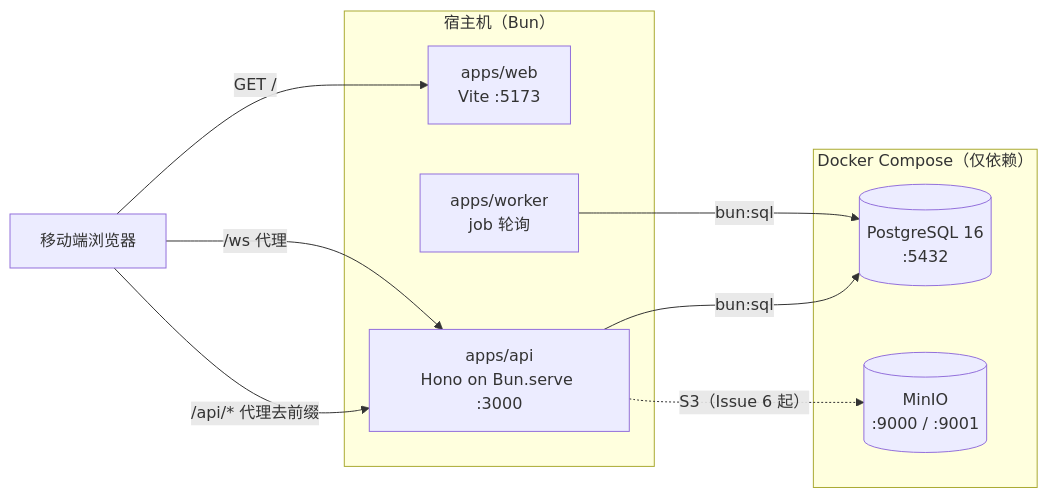
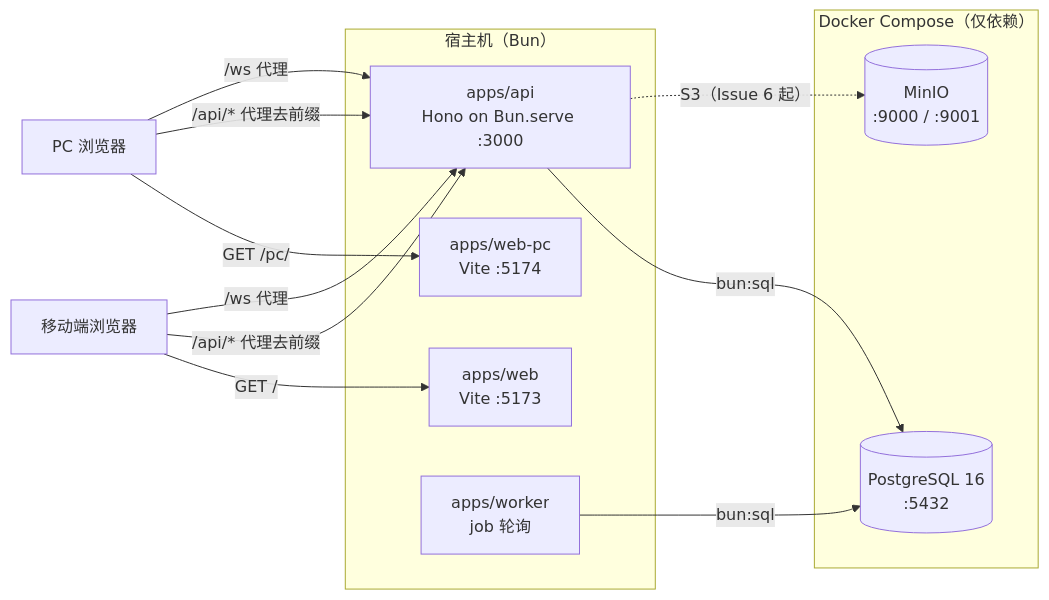
Before and after one commit to zzstar101/FISH: the first of 4 diagrams in docs/architecture.md, drawn with Mermaid. The commit also changed other lines of this file and 50 other files, not shown here.

Commit message:
feat(web-pc): 入库 PC 浏览器 Web 骨架 (#238)

````diff
--- a/docs/architecture.md
+++ b/docs/architecture.md
@@ -64,20 +65,24 @@
 ```mermaid
 graph LR
   subgraph Host["宿主机（Bun）"]
     WEB["apps/web<br/>Vite :5173"]
+    WEB_PC["apps/web-pc<br/>Vite :5174"]
     API["apps/api<br/>Hono on Bun.serve :3000"]
     WORKER["apps/worker<br/>job 轮询"]
   end
 
   subgraph Docker["Docker Compose（仅依赖）"]
     PG[("PostgreSQL 16<br/>:5432")]
     MINIO[("MinIO<br/>:9000 / :9001")]
   end
 
   BROWSER["移动端浏览器"] -->|"GET /"| WEB
+  PC_BROWSER["PC 浏览器"] -->|"GET /pc/"| WEB_PC
   BROWSER -->|"/api/* 代理去前缀"| API
+  PC_BROWSER -->|"/api/* 代理去前缀"| API
   BROWSER -->|"/ws 代理"| API
+  PC_BROWSER -->|"/ws 代理"| API
   API -->|"bun:sql"| PG
   WORKER -->|"bun:sql"| PG
   API -.->|"S3（Issue 6 起）"| MINIO
 ```
````
